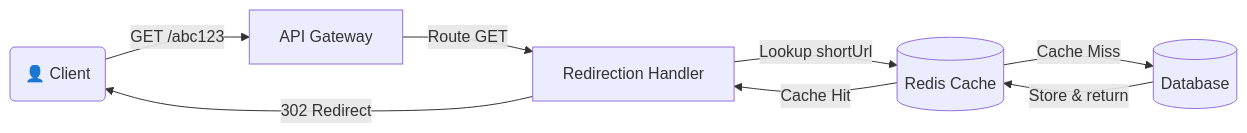
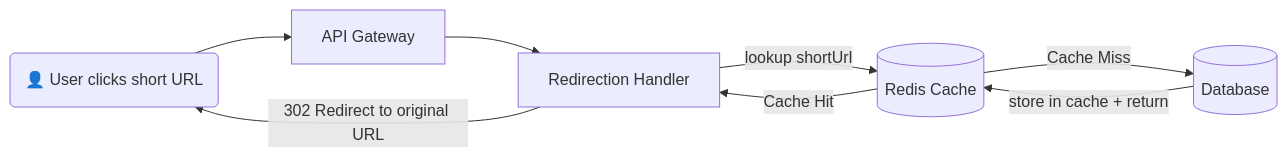
The third of 6 diagrams in SYSTEM_DESIGN/URL_SHORTNER.md (gajwala/DSA-Topic-wise), drawn with Mermaid before and after one commit. The commit also changed other lines of this file, not shown here.

````diff
--- a/SYSTEM_DESIGN/URL_SHORTNER.md
+++ b/SYSTEM_DESIGN/URL_SHORTNER.md
@@ -99,10 +115,10 @@
 ```mermaid
 flowchart LR
-    A(👤 Client) -->|GET /abc123| B[API Gateway]
-    B -->|Route GET| C[Redirection Handler]
-    C -->|Lookup shortUrl| D[(Redis Cache)]
+    A(👤 User clicks short URL) --> B[API Gateway]
+    B --> C[Redirection Handler]
+    C -->|lookup shortUrl| D[(Redis Cache)]
     D -- Cache Hit --> C
     D -- Cache Miss --> E[(Database)]
-    E -->|Store & return| D
-    C -->|302 Redirect| A
+    E -->|store in cache + return| D
+    C -->|302 Redirect to original URL| A
 ```
````
